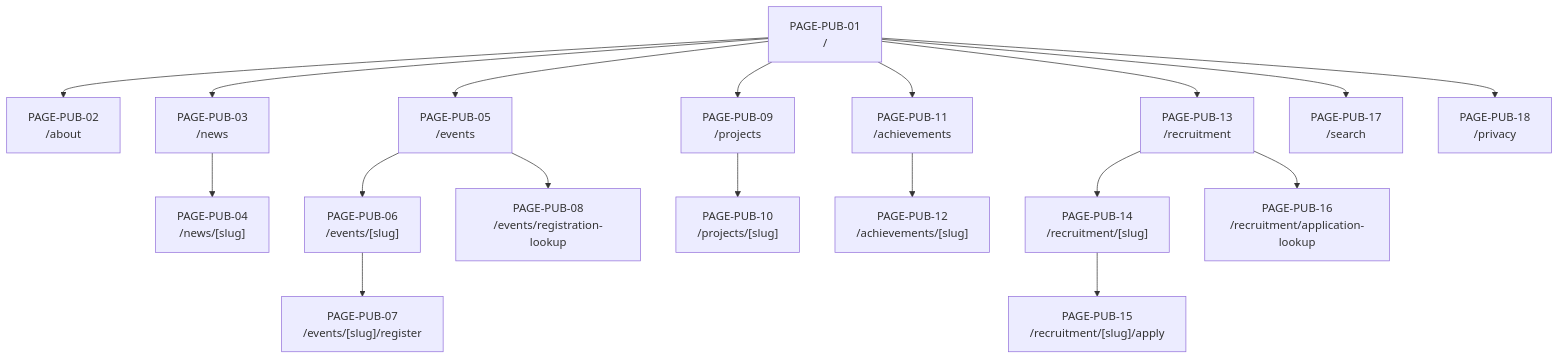
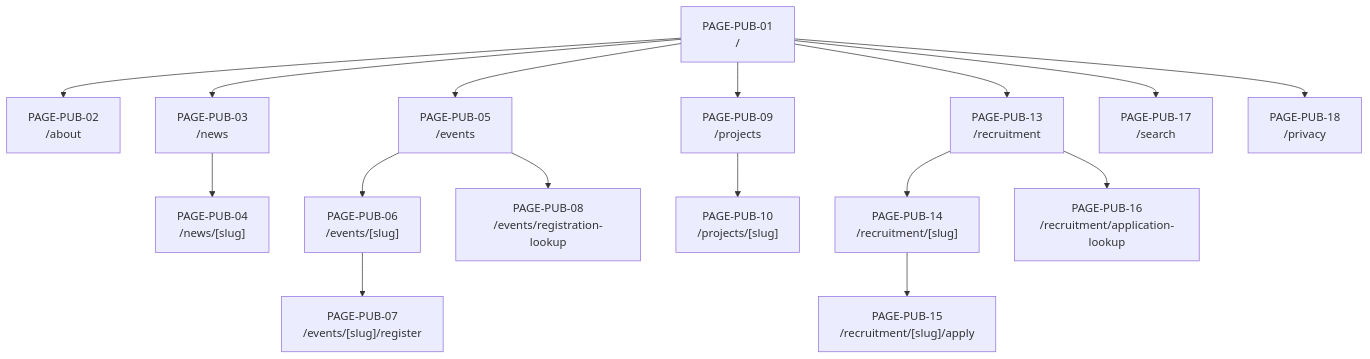
One commit to GrootTheDeveloper/apc-portal changed the second of 6 diagrams in docs/04-sitemap.md. Above: the diagram before and after it, drawn with Mermaid. The commit also changed other lines of this file and 7 other files, not shown here.

````diff
--- a/docs/04-sitemap.md
+++ b/docs/04-sitemap.md
@@ -211,33 +210,30 @@
 ```mermaid
 flowchart TB
     Home["PAGE-PUB-01<br/>/"]
     About["PAGE-PUB-02<br/>/about"]
     News["PAGE-PUB-03<br/>/news"]
     NewsDetail["PAGE-PUB-04<br/>/news/[slug]"]
     Events["PAGE-PUB-05<br/>/events"]
     EventDetail["PAGE-PUB-06<br/>/events/[slug]"]
     EventApply["PAGE-PUB-07<br/>/events/[slug]/register"]
     EventLookup["PAGE-PUB-08<br/>/events/registration-lookup"]
     Projects["PAGE-PUB-09<br/>/projects"]
     ProjectDetail["PAGE-PUB-10<br/>/projects/[slug]"]
-    Awards["PAGE-PUB-11<br/>/achievements"]
-    AwardDetail["PAGE-PUB-12<br/>/achievements/[slug]"]
     Recruitment["PAGE-PUB-13<br/>/recruitment"]
     RecruitmentDetail["PAGE-PUB-14<br/>/recruitment/[slug]"]
     RecruitmentForm["PAGE-PUB-15<br/>/recruitment/[slug]/apply"]
     RecruitmentLookup["PAGE-PUB-16<br/>/recruitment/application-lookup"]
     Search["PAGE-PUB-17<br/>/search"]
     Privacy["PAGE-PUB-18<br/>/privacy"]
 
     Home --> About
     Home --> News --> NewsDetail
     Home --> Events --> EventDetail
     EventDetail --> EventApply
     Events --> EventLookup
     Home --> Projects --> ProjectDetail
-    Home --> Awards --> AwardDetail
     Home --> Recruitment --> RecruitmentDetail --> RecruitmentForm
     Recruitment --> RecruitmentLookup
     Home --> Search
     Home --> Privacy
 ```
````
